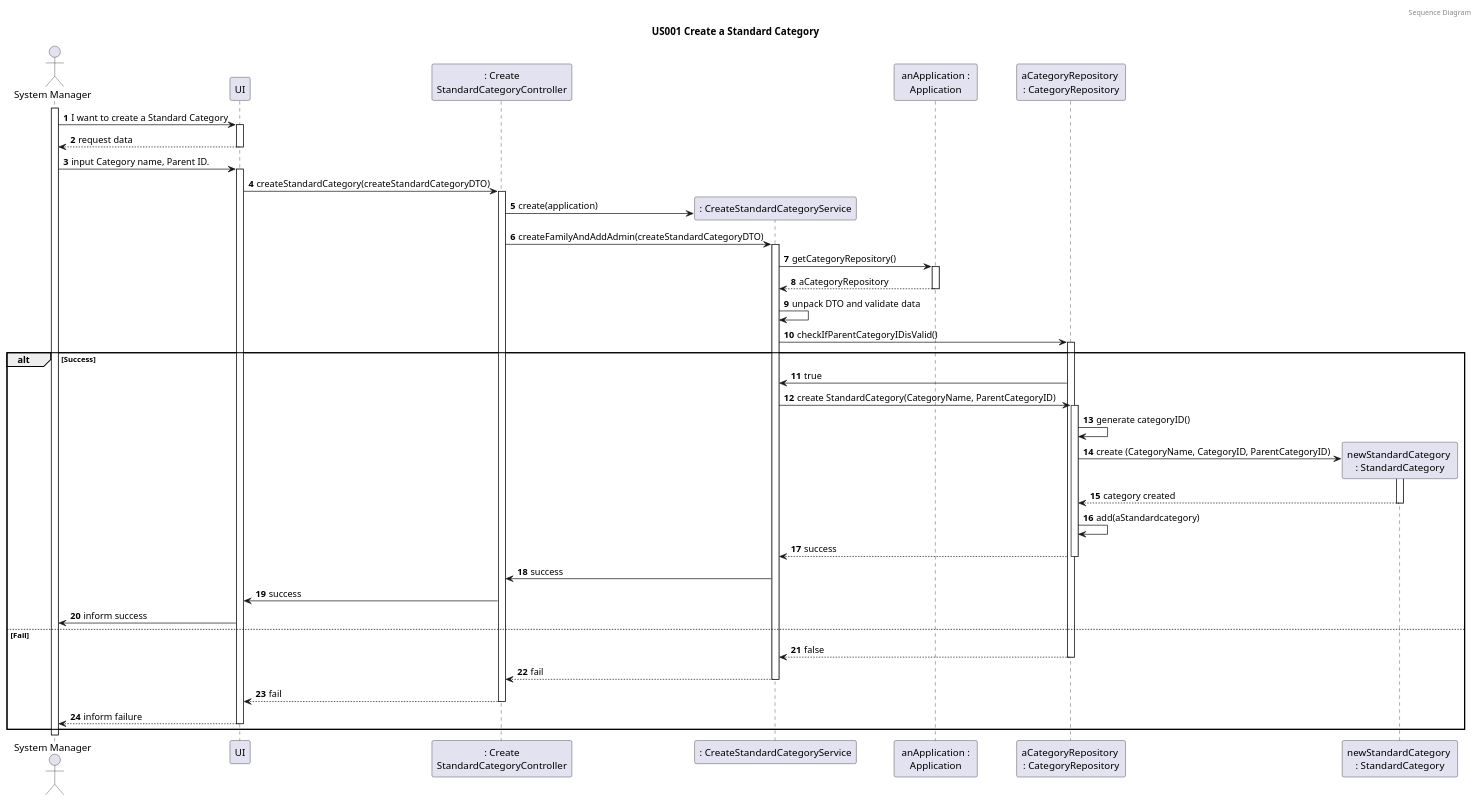
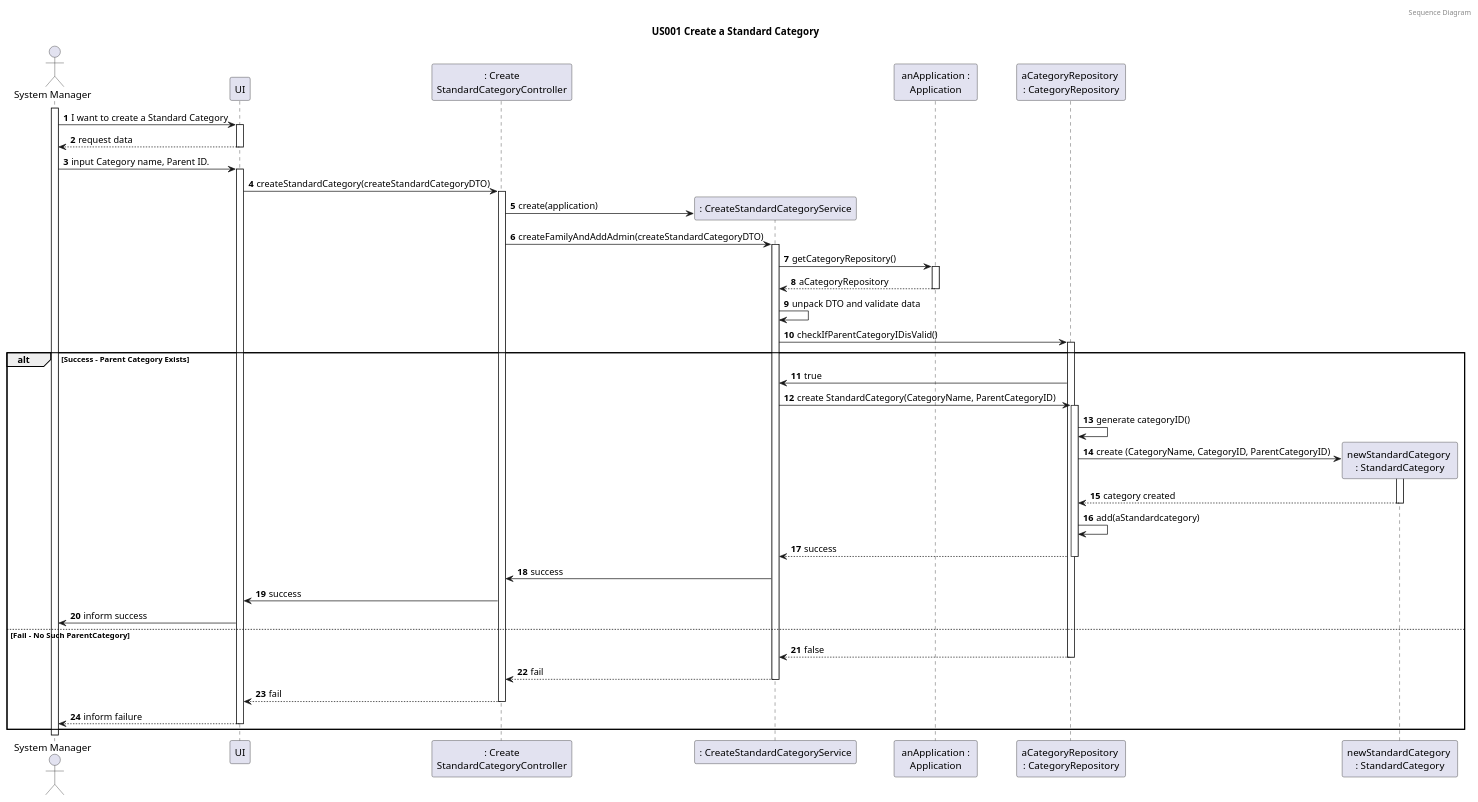
Before and after one commit to tomas-osswald/switch_2020_g3: the third of 4 diagrams in docs/sprint3/user_stories/US001_CreateStandarCategory.md, drawn with PlantUML.

Commit message:
did Sequence diagram for US001

`````diff
--- a/docs/sprint3/user_stories/US001_CreateStandarCategory.md
+++ b/docs/sprint3/user_stories/US001_CreateStandarCategory.md
@@ -121,61 +121,61 @@
 ````puml
 @startuml
 autonumber
 header Sequence Diagram
 title US001 Create a Standard Category
 actor "System Manager" as systemManager
 participant "UI" as UI
 participant ": Create\nStandardCategoryController" as controller
 participant ": CreateStandardCategoryService" as service
 participant " anApplication : \nApplication" as app
 participant "aCategoryRepository \n: CategoryRepository" as repository
 participant "newStandardCategory \n: StandardCategory" as scategory
 
 activate systemManager
 systemManager -> UI: I want to create a Standard Category
 activate UI
 return request data
 systemManager -> UI : input Category name, Parent ID.
 activate UI
 UI -> controller : createStandardCategory(createStandardCategoryDTO)
 activate controller
 controller -> service** : create(application)
 controller -> service : createFamilyAndAddAdmin(createStandardCategoryDTO)
 activate service
 
 service -> app : getCategoryRepository()
 activate app
 return aCategoryRepository
 
 service -> service: unpack DTO and validate data
 service -> repository: checkIfParentCategoryIDisValid()
 activate repository
 
-alt Success
+alt Success - Parent Category Exists
 
 repository -> service: true
 service -> repository: create StandardCategory(CategoryName, ParentCategoryID)
 activate repository
 repository -> repository: generate categoryID()
 repository -> scategory**: create (CategoryName, CategoryID, ParentCategoryID)
 activate scategory
 return category created
 repository -> repository : add(aStandardcategory)
 return success
 service -> controller: success
 controller -> UI: success
 UI -> systemManager: inform success
 
-else Fail
+else Fail - No Such ParentCategory
 
 return false
 return fail
 return fail
 return inform failure
 
 end
 
 
 
 @enduml
 ````
`````
